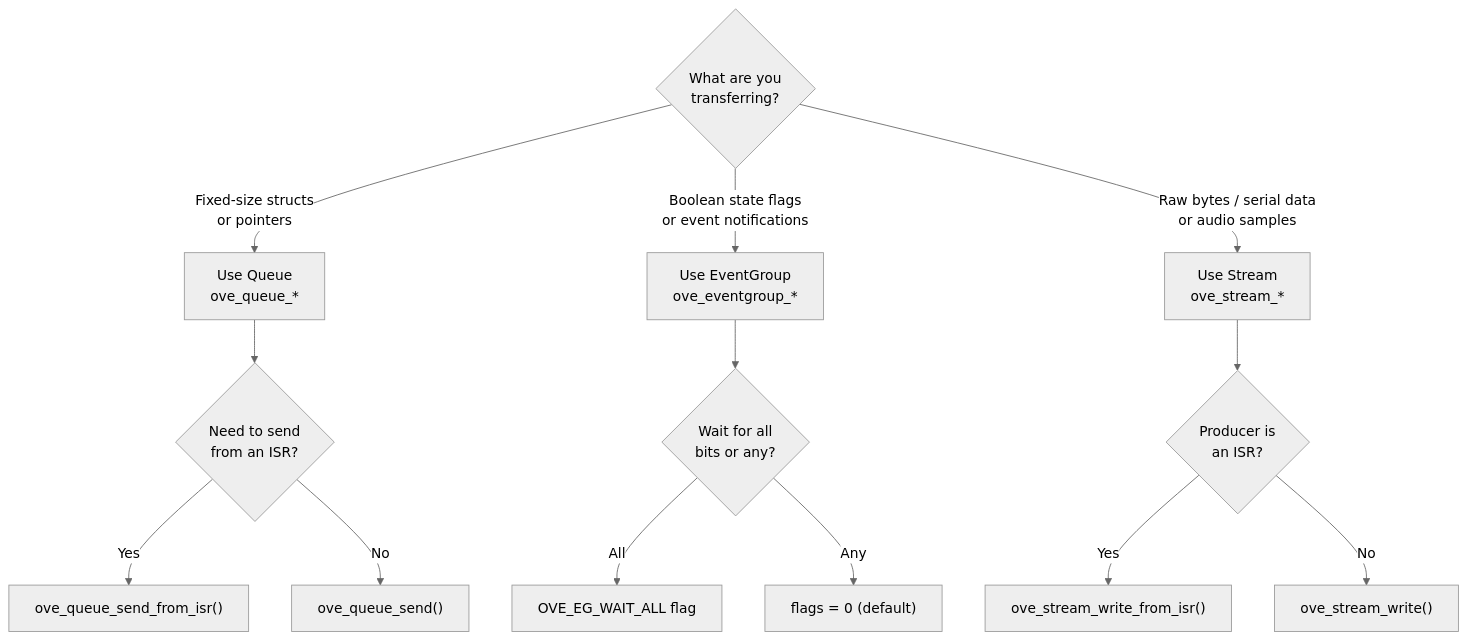
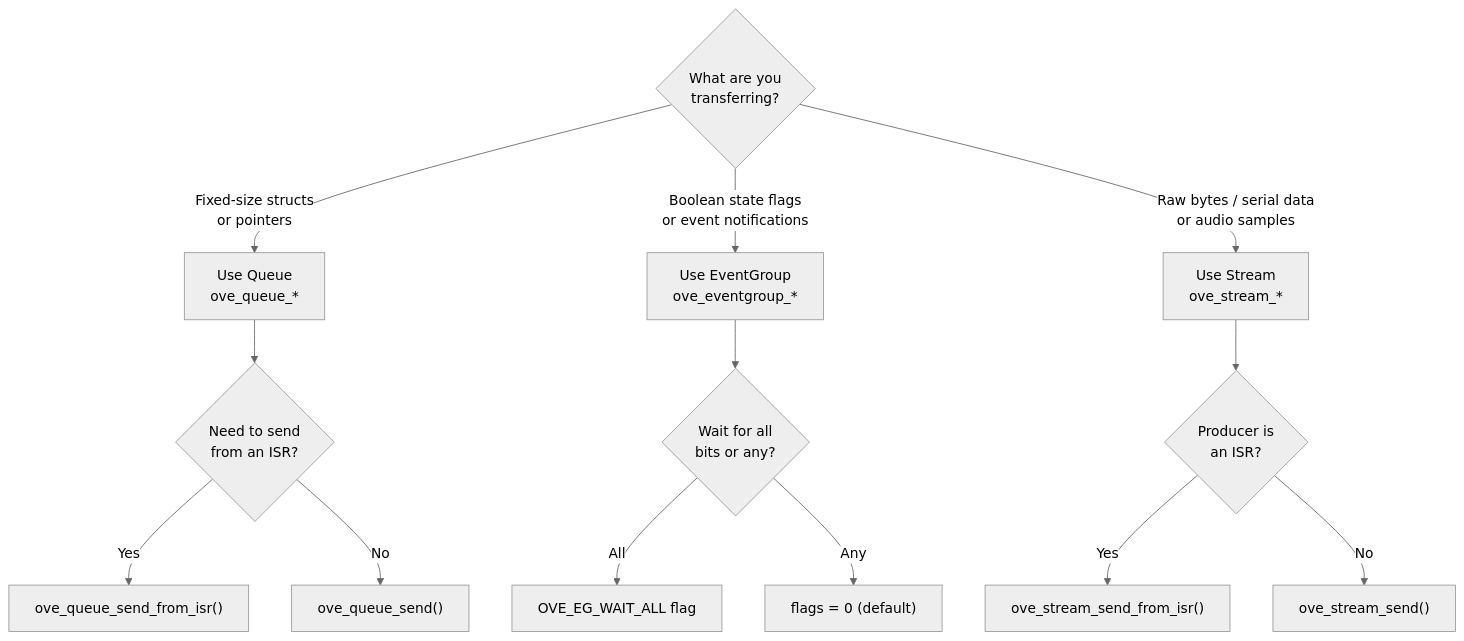
One commit to Varcain/oveRTOS changed the first of 4 diagrams in docs-site/docs/api/ipc.md. Above: the diagram before and after it, drawn with Mermaid (neutral theme). The commit also changed other lines of this file and 20 other files, not shown here.

````diff
--- a/docs-site/docs/api/ipc.md
+++ b/docs-site/docs/api/ipc.md
@@ -13,19 +15,19 @@
 ```mermaid
 flowchart TD
     Q{What are you\ntransferring?}
     Q -->|"Fixed-size structs\nor pointers"| QUE["Use Queue\nove_queue_*"]
     Q -->|"Boolean state flags\nor event notifications"| EVG["Use EventGroup\nove_eventgroup_*"]
     Q -->|"Raw bytes / serial data\nor audio samples"| STR["Use Stream\nove_stream_*"]
 
     QUE --> QISR{Need to send\nfrom an ISR?}
     QISR -->|Yes| QISRN["ove_queue_send_from_isr()"]
     QISR -->|No| QTHRD["ove_queue_send()"]
 
     EVG --> EVGWAIT{Wait for all\nbits or any?}
     EVGWAIT -->|All| EVGALL["OVE_EG_WAIT_ALL flag"]
     EVGWAIT -->|Any| EVGANY["flags = 0 (default)"]
 
     STR --> STRISR{Producer is\nan ISR?}
-    STRISR -->|Yes| STRISRN["ove_stream_write_from_isr()"]
-    STRISR -->|No| STRTHRD["ove_stream_write()"]
+    STRISR -->|Yes| STRISRN["ove_stream_send_from_isr()"]
+    STRISR -->|No| STRTHRD["ove_stream_send()"]
 ```
````
